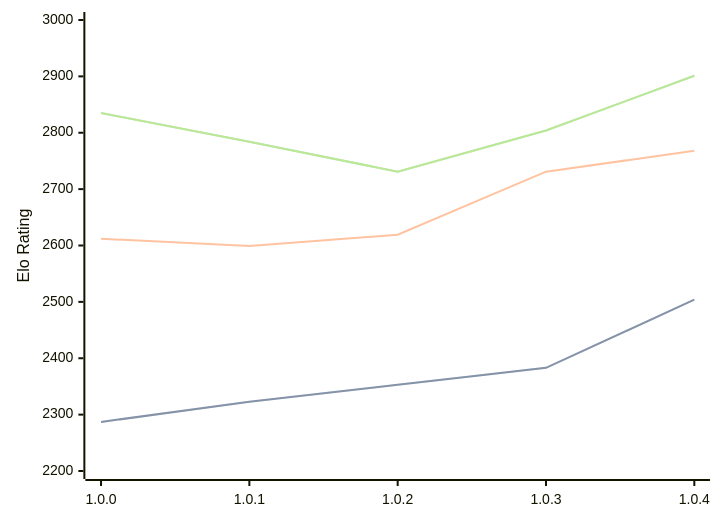
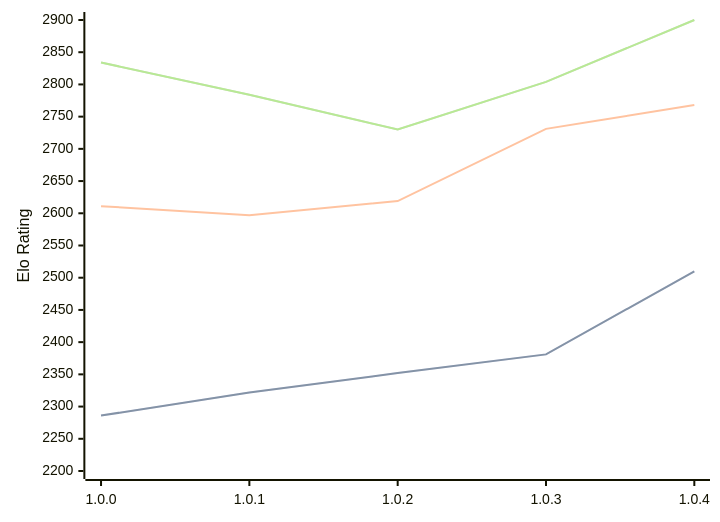
The diagram in engines/Grail.md (computer-chess-index/cci), drawn with Mermaid before and after one commit. The commit also changed other lines of this file, not shown here.

Commit message:
Update CCI Ratings (ELO VLTC) - 2026-02-28

````diff
--- a/engines/Grail.md
+++ b/engines/Grail.md
@@ -33,11 +33,11 @@
 ```mermaid
 %%{init: {"theme":"base","themeVariables":{"seriesColors:['#a3a3a3','#222221','#faa371']}}}%%
 xychart-beta
   x-axis ["1.0.0", "1.0.1", "1.0.2", "1.0.3", "1.0.4"]
-  y-axis "Elo Rating" 2200 --> 3000
-  line "STC (8.0+0.08s)" [2287, 2323, 2353, 2383, 2504]
-  line "STC (8.0+0.08s)" [2287, 2323, 2353, 2383, 2504]
-  line "LTC (60.0+0.60s)" [2612, 2599, 2619, 2731, 2768]
-  line "VLTC (2m24s+1.12s)" [2835, 2784, 2731, 2804, 2901]
-  line "VLTC (2m24s+1.12s)" [2835, 2784, 2731, 2804, 2901]
+  y-axis "Elo Rating" 2200 --> 2900
+  line "STC (8.0+0.08s)" [2286, 2322, 2352, 2381, 2510]
+  line "STC (8.0+0.08s)" [2286, 2322, 2352, 2381, 2510]
+  line "LTC (60.0+0.60s)" [2611, 2597, 2619, 2731, 2768]
+  line "VLTC (2m24s+1.12s)" [2834, 2784, 2730, 2804, 2900]
+  line "VLTC (2m24s+1.12s)" [2834, 2784, 2730, 2804, 2900]
 ```
````
